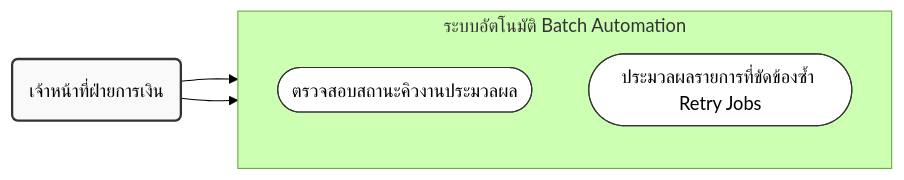
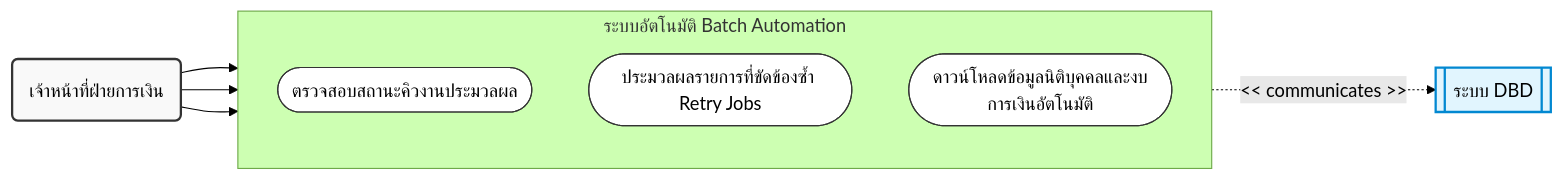
Before and after one commit to JinnawatJid/iNsightDocs: the fourth of 6 diagrams in docs/presentations/use_case_diagram.md, drawn with Mermaid (forest theme). The commit also changed other lines of this file, not shown here.

Commit message:
docs: finalize use case descriptions

````diff
--- a/docs/presentations/use_case_diagram.md
+++ b/docs/presentations/use_case_diagram.md
@@ -167,16 +159,22 @@
 ```mermaid
 flowchart LR
     classDef actorStyle fill:#f9f9f9,stroke:#333,stroke-width:2px;
+    classDef systemStyle fill:#e1f5fe,stroke:#0288d1,stroke-width:2px;
     classDef useCaseStyle fill:#fff,stroke:#333,stroke-width:1px;
 
     Fin(เจ้าหน้าที่ฝ่ายการเงิน):::actorStyle
+    DBD[[ระบบ DBD]]:::systemStyle
 
     subgraph AutoSystem [ระบบอัตโนมัติ Batch Automation]
         direction TB
         UC1([ตรวจสอบสถานะคิวงานประมวลผล]):::useCaseStyle
         UC2([ประมวลผลรายการที่ขัดข้องซ้ำ Retry Jobs]):::useCaseStyle
+        UC3([ดาวน์โหลดข้อมูลนิติบุคคลและงบการเงินอัตโนมัติ]):::useCaseStyle
     end
 
     Fin --> UC1
     Fin --> UC2
+    Fin --> UC3
+
+    UC3 -. "<< communicates >>" .-> DBD
 ```
````
